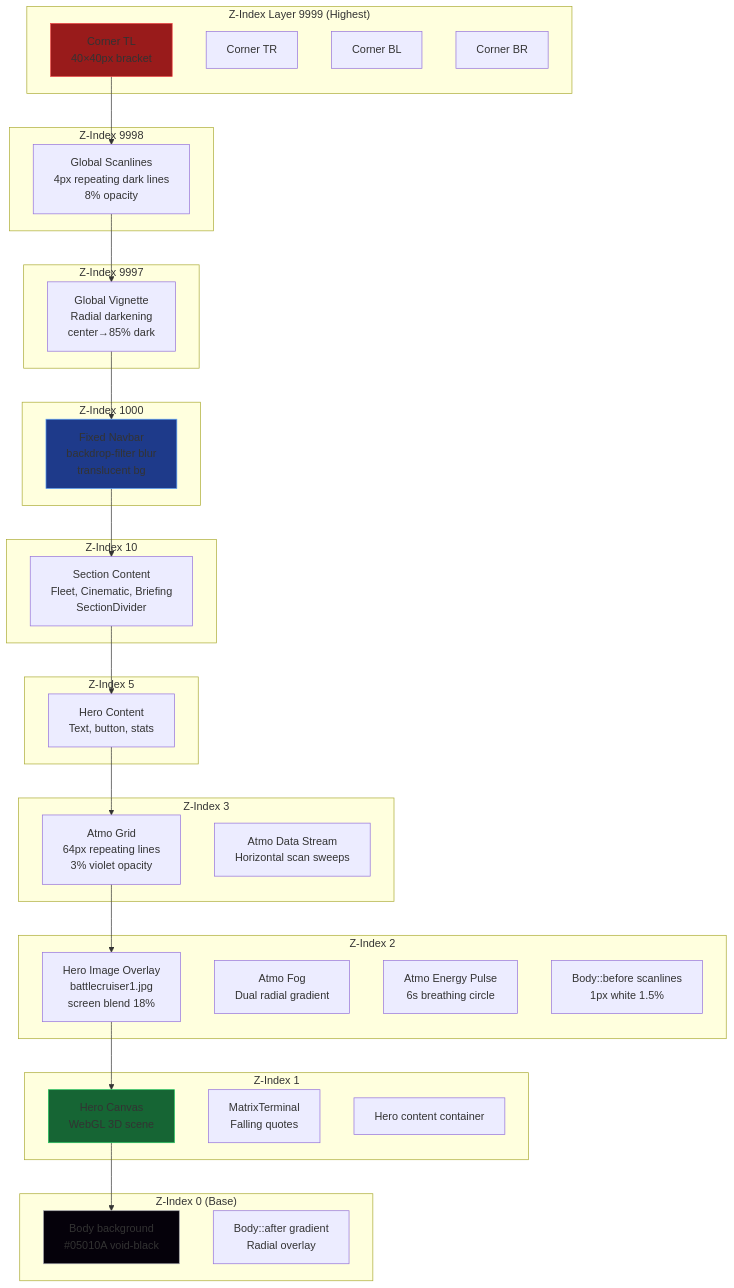
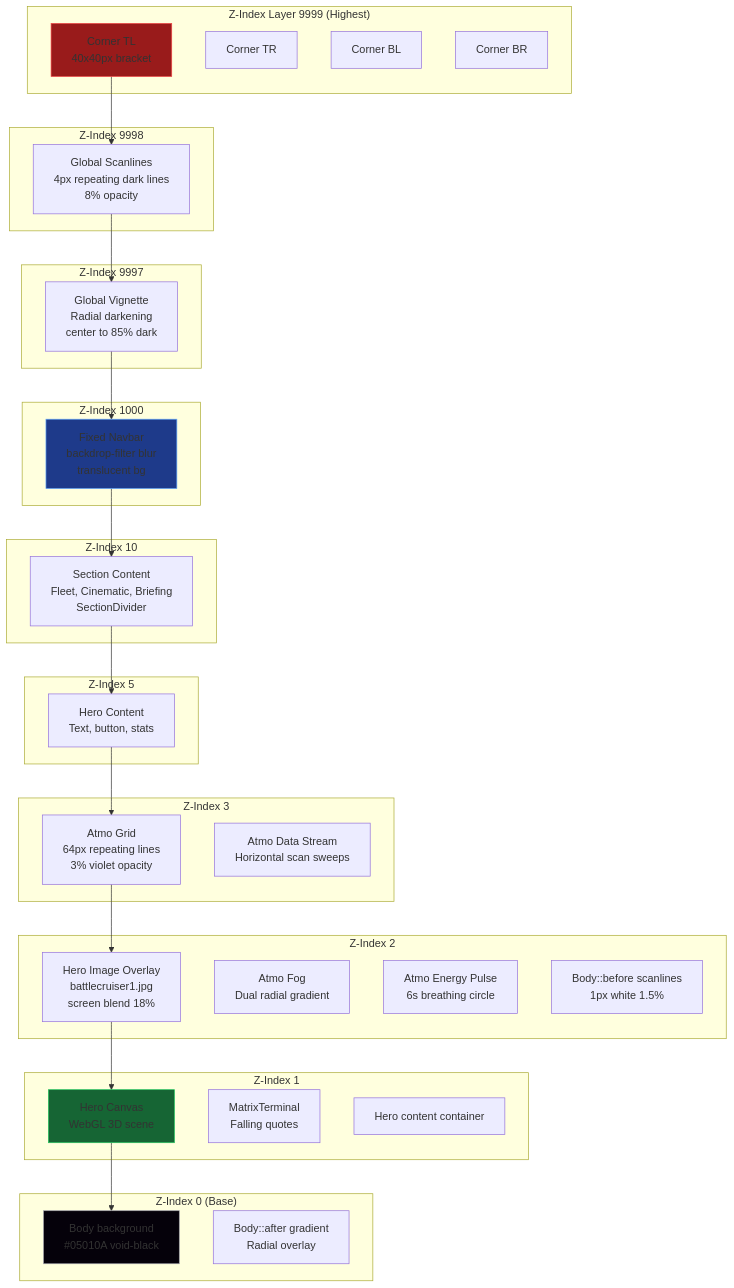
The fourth of 10 diagrams in README.md (tomschidmstmuller/JapStarCraft), drawn with Mermaid before and after one commit. The commit also changed other lines of this file, not shown here.

````diff
--- a/README.md
+++ b/README.md
@@ -254,67 +254,67 @@
 ```mermaid
 graph TB
     subgraph "Z-Index Layer 9999 (Highest)"
-        TL[Corner TL<br/>40×40px bracket]
+        TL[Corner TL<br>40x40px bracket]
         TR[Corner TR]
         BL[Corner BL]
         BR[Corner BR]
     end
     
     subgraph "Z-Index 9998"
-        GlobalScan[Global Scanlines<br/>4px repeating dark lines<br/>8% opacity]
+        GlobalScan[Global Scanlines<br>4px repeating dark lines<br>8% opacity]
     end
     
     subgraph "Z-Index 9997"
-        Vignette[Global Vignette<br/>Radial darkening<br/>center→85% dark]
+        Vignette[Global Vignette<br>Radial darkening<br>center to 85% dark]
     end
     
     subgraph "Z-Index 1000"
-        Navbar[Fixed Navbar<br/>backdrop-filter blur<br/>translucent bg]
+        Navbar[Fixed Navbar<br>backdrop-filter blur<br>translucent bg]
     end
     
     subgraph "Z-Index 10"
-        Sections[Section Content<br/>Fleet, Cinematic, Briefing<br/>SectionDivider]
+        Sections[Section Content<br>Fleet, Cinematic, Briefing<br>SectionDivider]
     end
     
     subgraph "Z-Index 5"
-        HeroContent[Hero Content<br/>Text, button, stats]
+        HeroContent[Hero Content<br>Text, button, stats]
     end
     
     subgraph "Z-Index 3"
-        AtmoGrid[Atmo Grid<br/>64px repeating lines<br/>3% violet opacity]
-        AtmoData[Atmo Data Stream<br/>Horizontal scan sweeps]
+        AtmoGrid[Atmo Grid<br>64px repeating lines<br>3% violet opacity]
+        AtmoData[Atmo Data Stream<br>Horizontal scan sweeps]
     end
     
     subgraph "Z-Index 2"
-        HeroOverlay[Hero Image Overlay<br/>battlecruiser1.jpg<br/>screen blend 18%]
-        AtmoFog[Atmo Fog<br/>Dual radial gradient]
-        AtmoPulse[Atmo Energy Pulse<br/>6s breathing circle]
-        BodyScan[Body::before scanlines<br/>1px white 1.5%]
+        HeroOverlay[Hero Image Overlay<br>battlecruiser1.jpg<br>screen blend 18%]
+        AtmoFog[Atmo Fog<br>Dual radial gradient]
+        AtmoPulse[Atmo Energy Pulse<br>6s breathing circle]
+        BodyScan[Body::before scanlines<br>1px white 1.5%]
     end
     
     subgraph "Z-Index 1"
-        HeroCanvas[Hero Canvas<br/>WebGL 3D scene]
-        MatrixTerm[MatrixTerminal<br/>Falling quotes]
+        HeroCanvas[Hero Canvas<br>WebGL 3D scene]
+        MatrixTerm[MatrixTerminal<br>Falling quotes]
         HeroContentBg[Hero content container]
     end
     
     subgraph "Z-Index 0 (Base)"
-        BodyBg[Body background<br/>#05010A void-black]
-        BodyAfter[Body::after gradient<br/>Radial overlay]
+        BodyBg[Body background<br>#05010A void-black]
+        BodyAfter[Body::after gradient<br>Radial overlay]
     end
     
     TL --> GlobalScan
     GlobalScan --> Vignette
     Vignette --> Navbar
     Navbar --> Sections
     Sections --> HeroContent
     HeroContent --> AtmoGrid
     AtmoGrid --> HeroOverlay
     HeroOverlay --> HeroCanvas
     HeroCanvas --> BodyBg
     
     style TL fill:#991b1b,stroke:#ef4444
     style Navbar fill:#1e3a8a,stroke:#60a5fa
     style HeroCanvas fill:#166534,stroke:#22c55e
     style BodyBg fill:#05010a,stroke:#a1a1aa
 ```
````
